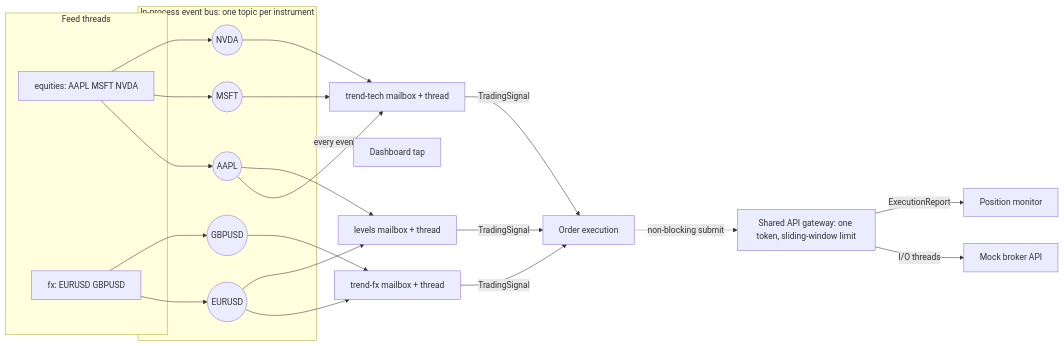
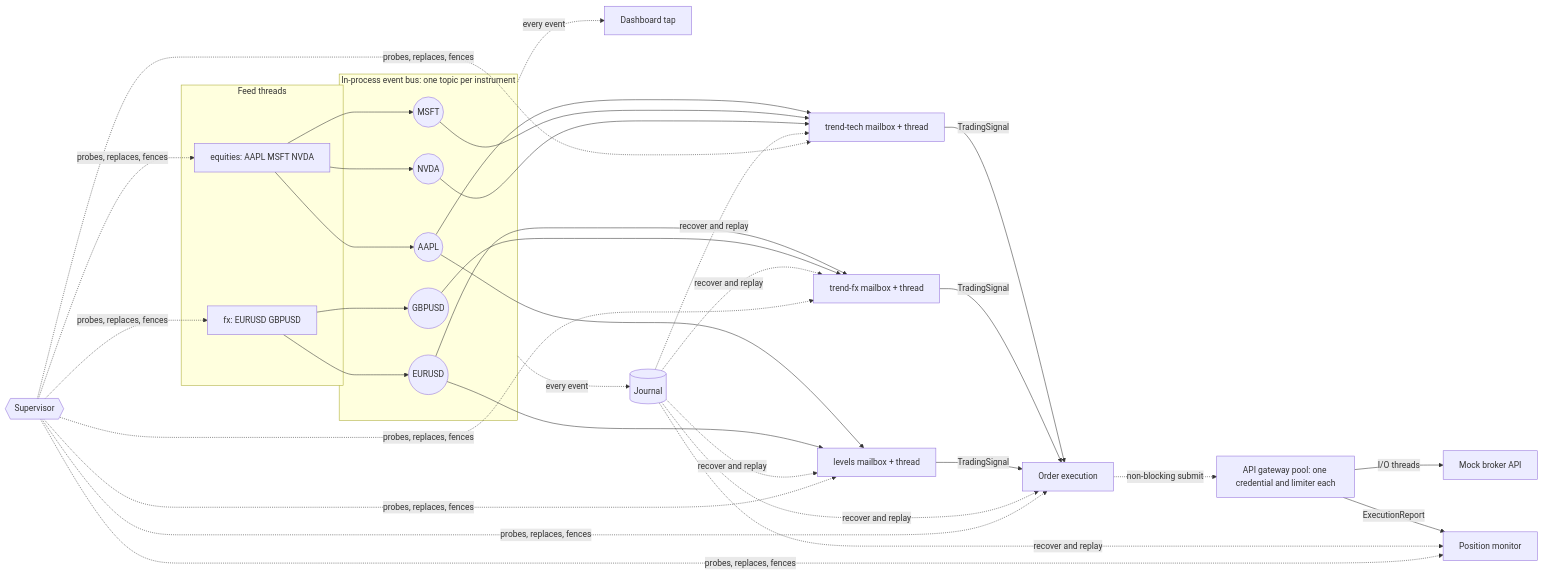
Before and after one commit to AldairPetronilia/cpp-multithreaded: the diagram in README.md, drawn with Mermaid. The commit also changed other lines of this file and 34 other files, not shown here.

````diff
--- a/README.md
+++ b/README.md
@@ -16,20 +24,23 @@
 ```mermaid
 flowchart LR
     subgraph feeds [Feed threads]
         EQ[equities: AAPL MSFT NVDA]
         FX[fx: EURUSD GBPUSD]
     end
     subgraph bus [In-process event bus: one topic per instrument]
         T1((AAPL)) & T2((MSFT)) & T3((NVDA)) & T4((EURUSD)) & T5((GBPUSD))
     end
     EQ --> T1 & T2 & T3
     FX --> T4 & T5
     T1 & T2 & T3 --> S1[trend-tech mailbox + thread]
     T4 & T5 --> S2[trend-fx mailbox + thread]
     T1 & T4 --> S3[levels mailbox + thread]
     S1 & S2 & S3 -->|TradingSignal| E[Order execution]
-    E -. non-blocking submit .-> G[Shared API gateway: one token, sliding-window limit]
+    E -. non-blocking submit .-> G[API gateway pool: one credential and limiter each]
     G -->|I/O threads| B[Mock broker API]
     G -->|ExecutionReport| P[Position monitor]
     bus -. every event .-> R[Dashboard tap]
+    bus -. every event .-> J[(Journal)]
+    J -. recover and replay .-> S1 & S2 & S3 & E & P
+    SUP{{Supervisor}} -. probes, replaces, fences .-> S1 & S2 & S3 & E & P & EQ & FX
 ```
````
